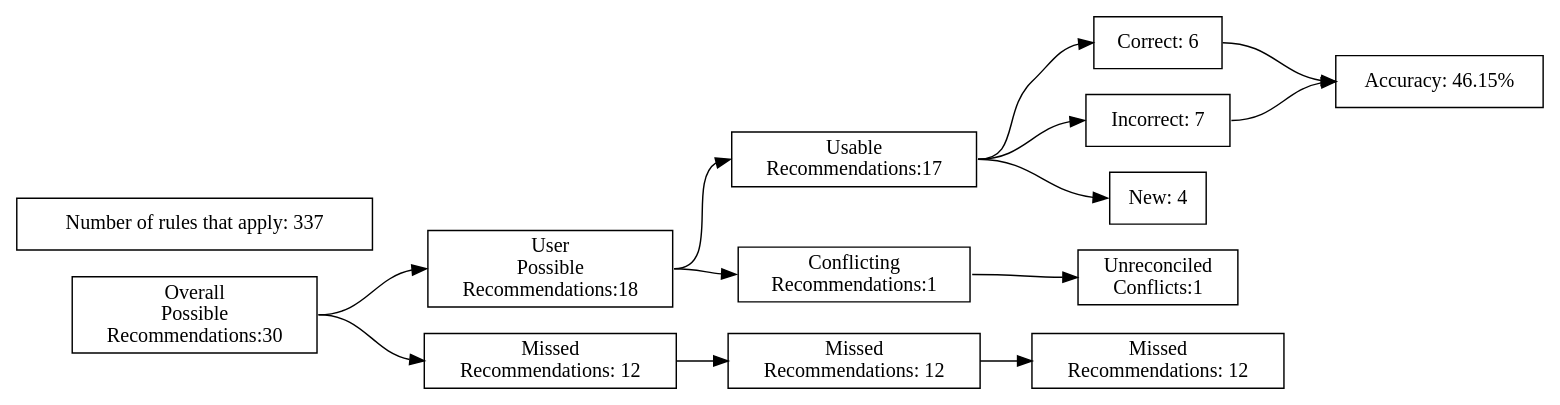
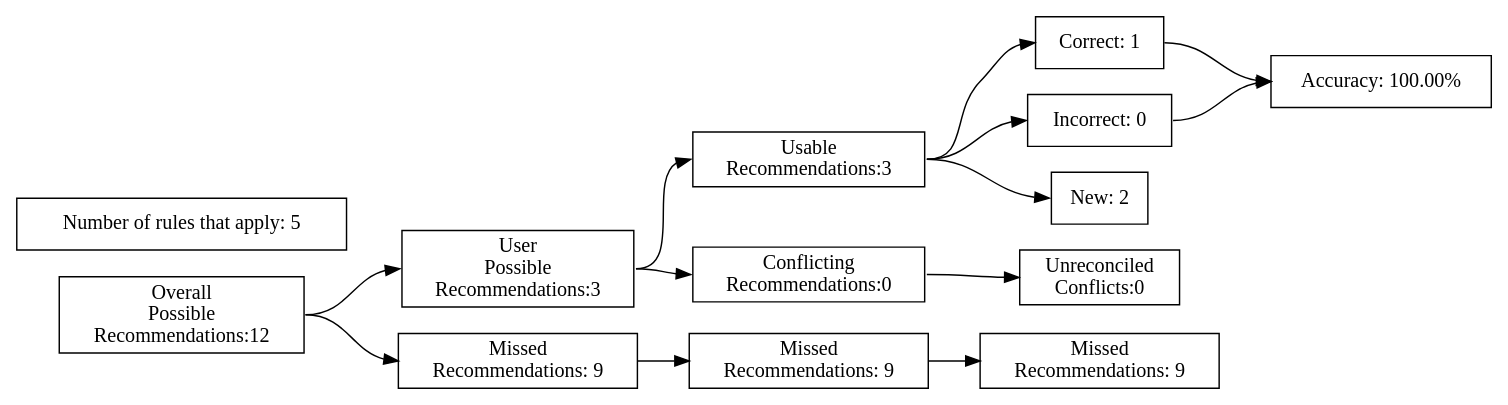
The diagram in test_renders/9.gv (ZaxR/ibd_diet_analysis), drawn with Graphviz before and after one commit. The commit also changed 77 other files, not shown here.

```diff
--- a/test_renders/9.gv
+++ b/test_renders/9.gv
@@ -1,40 +1,40 @@
 digraph {
 	graph [rankdir=LR]
 	node [pos=r shape=box]
 	edge [headport=w tailport=e]
 		A [label="Overall
 Possible
-Recommendations:30"]
+Recommendations:12"]
 		B [label="User
 Possible
-Recommendations:18"]
+Recommendations:3"]
 		C [label="Missed
-Recommendations: 12"]
+Recommendations: 9"]
 		D [label="Usable
-Recommendations:17"]
+Recommendations:3"]
 		E [label="Conflicting
-Recommendations:1"]
+Recommendations:0"]
 		J [label="Missed
-Recommendations: 12"]
+Recommendations: 9"]
 		M [label="Unreconciled
-Conflicts:1"]
-		F [label="Correct: 6"]
-		G [label="Incorrect: 7"]
-		H [label="New: 4"]
+Conflicts:0"]
+		F [label="Correct: 1"]
+		G [label="Incorrect: 0"]
+		H [label="New: 2"]
 		K [label="Missed
-Recommendations: 12"]
-		I [label="Accuracy: 46.15%"]
-		l [label="Number of rules that apply: 337"]
+Recommendations: 9"]
+		I [label="Accuracy: 100.00%"]
+		l [label="Number of rules that apply: 5"]
 			A -> B
 			A -> C
 			B -> D
 			B -> E
 			D -> F
 			D -> G
 			D -> H
 			F -> I
 			G -> I
 			C -> J
 			J -> K
 			E -> M
 }
```
